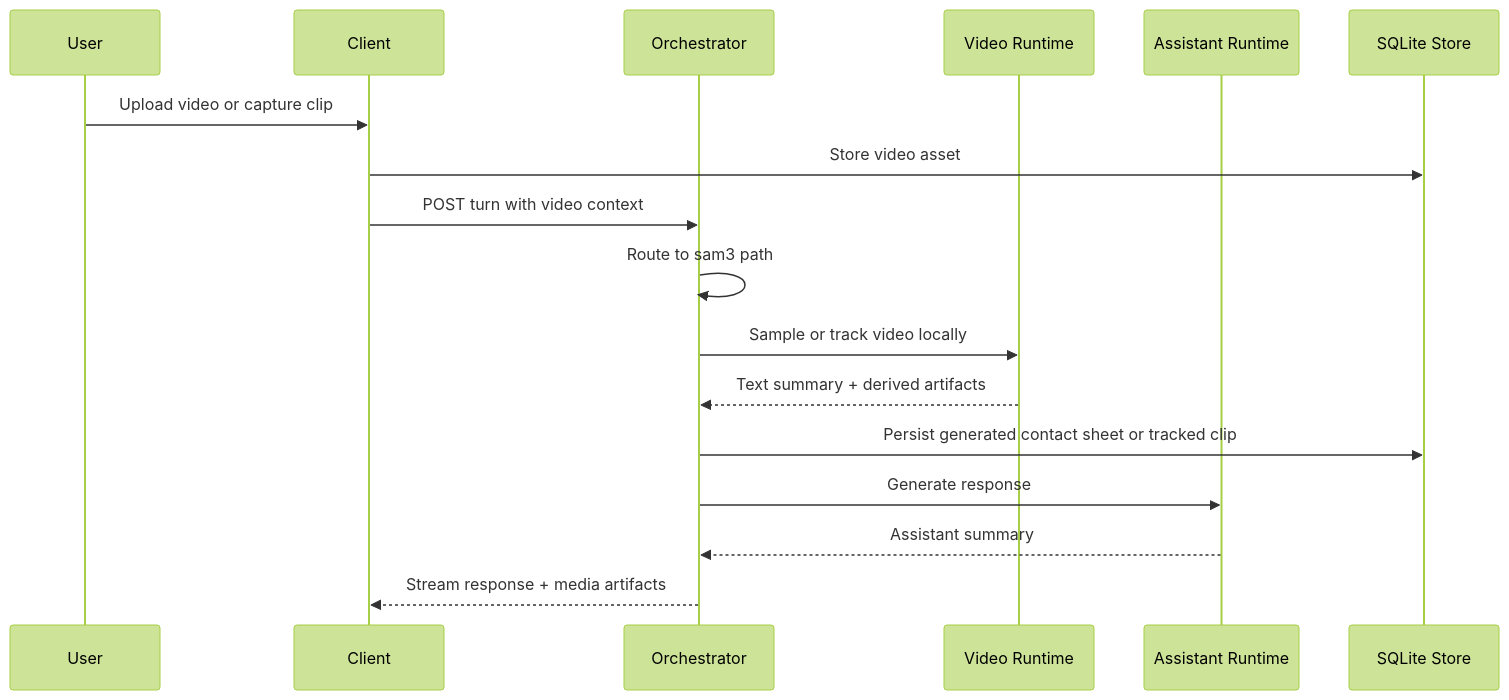
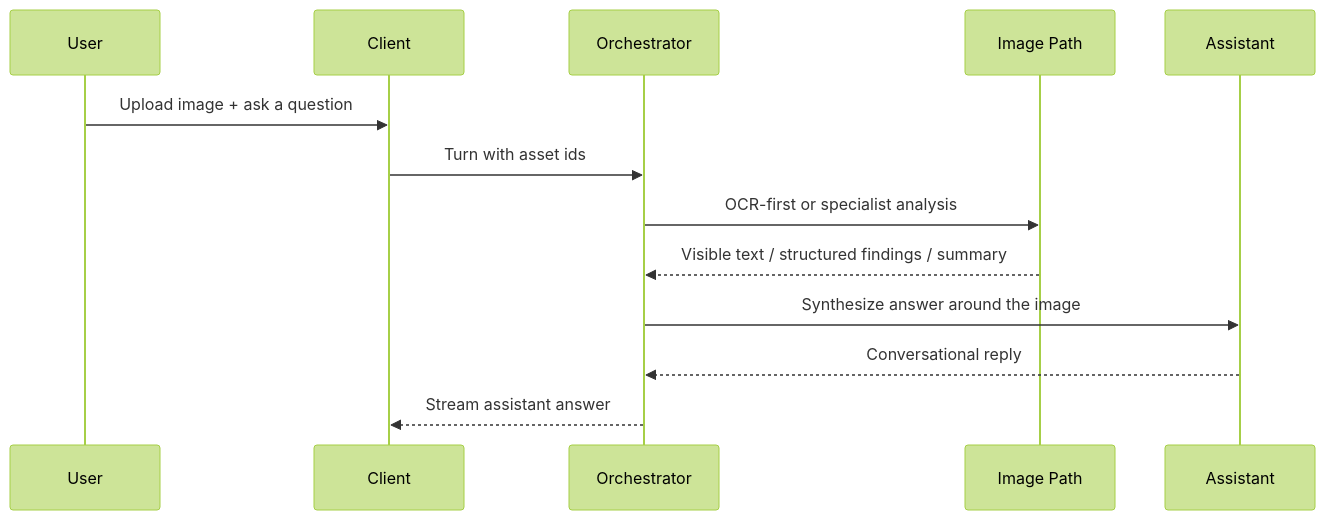
The fifth of 5 diagrams in README.md (CheickDiakite-yikes/gemma-local-expert), drawn with Mermaid (forest theme) before and after one commit. The commit also changed other lines of this file and 11 other files, not shown here.

````diff
--- a/README.md
+++ b/README.md
@@ -602,20 +1146,16 @@
 ```mermaid
 sequenceDiagram
     participant U as User
     participant C as Client
     participant O as Orchestrator
-    participant V as Video Runtime
-    participant A as Assistant Runtime
-    participant S as SQLite Store
+    participant V as Image Path
+    participant M as Assistant
 
-    U->>C: Upload video or capture clip
-    C->>S: Store video asset
-    C->>O: POST turn with video context
-    O->>O: Route to sam3 path
-    O->>V: Sample or track video locally
-    V-->>O: Text summary + derived artifacts
-    O->>S: Persist generated contact sheet or tracked clip
-    O->>A: Generate response
-    A-->>O: Assistant summary
-    O-->>C: Stream response + media artifacts
+    U->>C: Upload image + ask a question
+    C->>O: Turn with asset ids
+    O->>V: OCR-first or specialist analysis
+    V-->>O: Visible text / structured findings / summary
+    O->>M: Synthesize answer around the image
+    M-->>O: Conversational reply
+    O-->>C: Stream assistant answer
 ```
````
